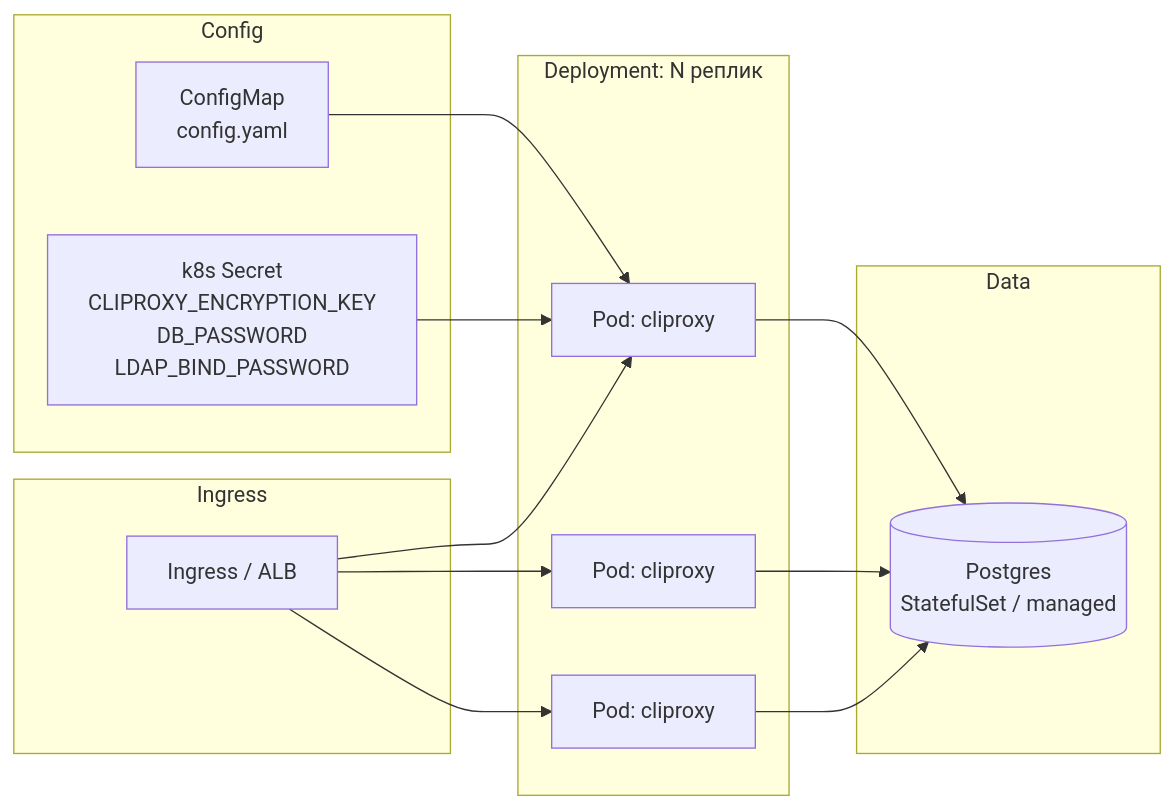
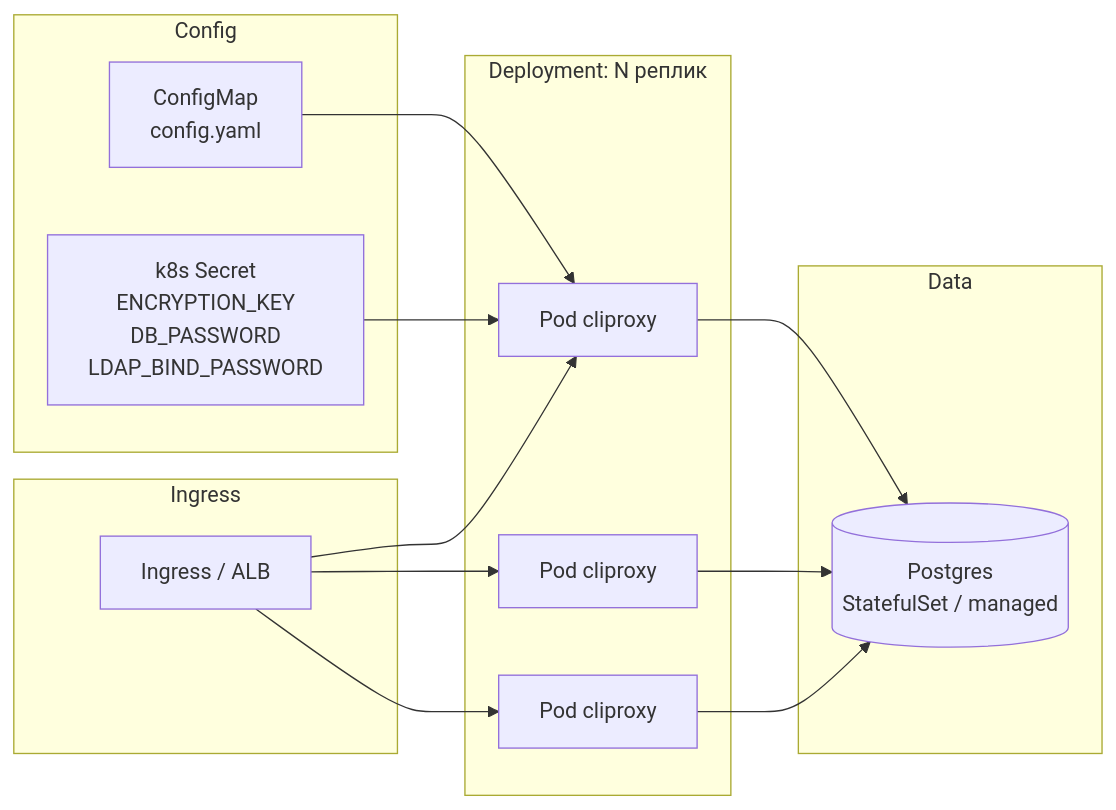
Before and after one commit to ilyast91/CLIProxyNew: the seventh of 7 diagrams in docs/architecture.md, drawn with Mermaid. The commit also changed other lines of this file and 1 other file, not shown here.

First line of the commit message:
docs: исправить Mermaid-диаграммы для рендера на GitHub

````diff
--- a/docs/architecture.md
+++ b/docs/architecture.md
@@ -318,27 +318,27 @@
 ```mermaid
 graph LR
-    subgraph Ingress
-        ALB[Ingress / ALB]
+    subgraph Ingress["Ingress"]
+        ALB["Ingress / ALB"]
     end
-    subgraph Deploy[Deployment: N реплик]
-        P1[Pod: cliproxy]
-        P2[Pod: cliproxy]
-        P3[Pod: cliproxy]
+    subgraph Deploy["Deployment: N реплик"]
+        P1["Pod cliproxy"]
+        P2["Pod cliproxy"]
+        P3["Pod cliproxy"]
     end
-    subgraph Config
-        CM[ConfigMap<br/>config.yaml]
-        SEC[k8s Secret<br/>CLIPROXY_ENCRYPTION_KEY<br/>DB_PASSWORD<br/>LDAP_BIND_PASSWORD]
+    subgraph Config["Config"]
+        CM["ConfigMap<br/>config.yaml"]
+        SEC["k8s Secret<br/>ENCRYPTION_KEY<br/>DB_PASSWORD<br/>LDAP_BIND_PASSWORD"]
     end
-    subgraph Data
-        PG[(Postgres<br/>StatefulSet / managed)]
+    subgraph Data["Data"]
+        PG[("Postgres<br/>StatefulSet / managed")]
     end
 
     ALB --> P1
     ALB --> P2
     ALB --> P3
     CM --> P1
     SEC --> P1
     P1 --> PG
     P2 --> PG
     P3 --> PG
 ```
````
